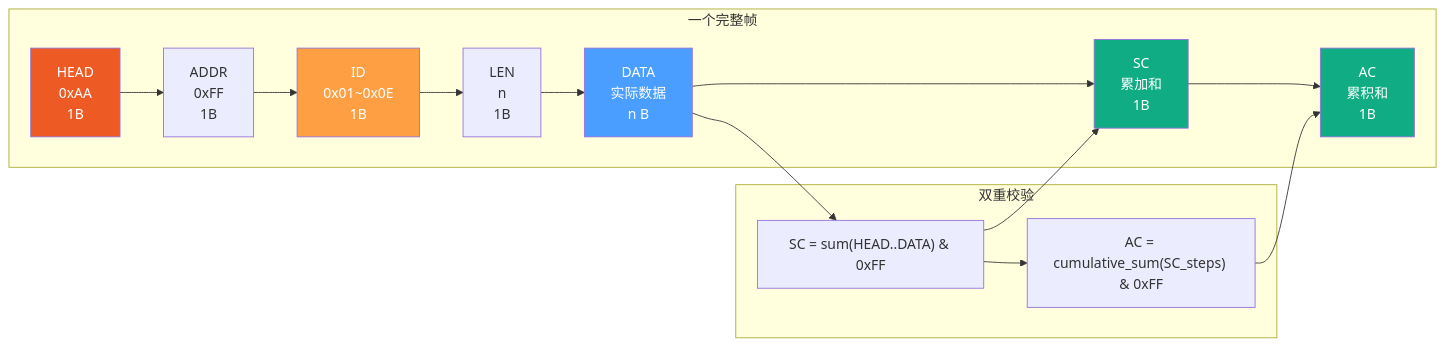
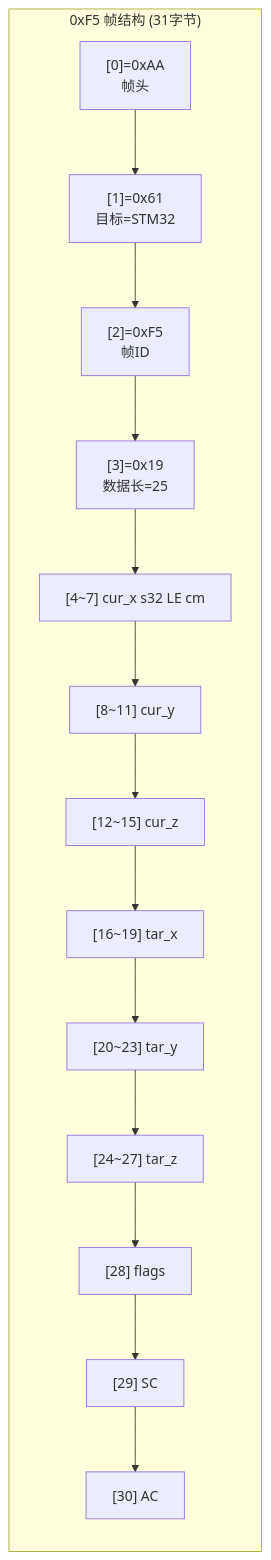
Before and after one commit to yangou-ylz/n10p_laser_ros2: diagram 14 of 25 in learn.md, drawn with Mermaid. The commit also changed other lines of this file and 32 other files, not shown here.

````diff
--- a/learn.md
+++ b/learn.md
@@ -2649,28 +959,20 @@
 ```mermaid
 flowchart LR
-    subgraph FRAME["一个完整帧"]
-        H["HEAD<br/>0xAA<br/>1B"]
-        A["ADDR<br/>0xFF<br/>1B"]
-        I["ID<br/>0x01~0x0E<br/>1B"]
-        L["LEN<br/>n<br/>1B"]
-        D["DATA<br/>实际数据<br/>n B"]
-        S["SC<br/>累加和<br/>1B"]
-        AC["AC<br/>累积和<br/>1B"]
+    subgraph FRAME["0xF5 帧结构 (31字节)"]
+        H["[0]=0xAA<br/>帧头"] 
+        D["[1]=0x61<br/>目标=STM32"]
+        C["[2]=0xF5<br/>帧ID"]
+        L["[3]=0x19<br/>数据长=25"]
+        CX["[4~7] cur_x s32 LE cm"]
+        CY["[8~11] cur_y"]
+        CZ["[12~15] cur_z"]
+        TX["[16~19] tar_x"]
+        TY["[20~23] tar_y"]
+        TZ["[24~27] tar_z"]
+        F["[28] flags"]
+        SC["[29] SC"]
+        AC["[30] AC"]
     end
 
-    H --> A --> I --> L --> D --> S --> AC
-
-    subgraph VERIFY["双重校验"]
-        SC_CALC["SC = sum(HEAD..DATA) & 0xFF"]
-        AC_CALC["AC = cumulative_sum(SC_steps) & 0xFF"]
-    end
-
-    D --> SC_CALC --> S
-    SC_CALC --> AC_CALC --> AC
-
-    style H fill:#ee5a24,color:#fff
-    style I fill:#ff9f43,color:#fff
-    style D fill:#4a9eff,color:#fff
-    style S fill:#10ac84,color:#fff
-    style AC fill:#10ac84,color:#fff
+    H --> D --> C --> L --> CX --> CY --> CZ --> TX --> TY --> TZ --> F --> SC --> AC
 ```
````
